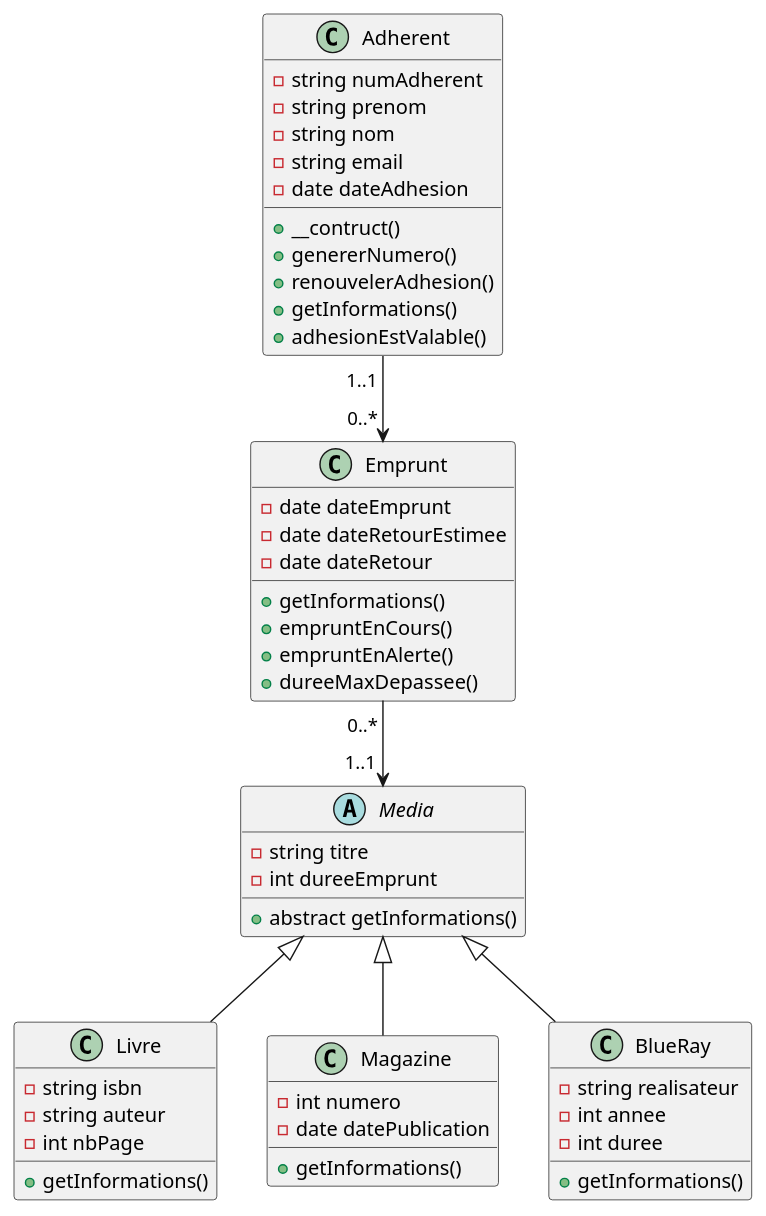
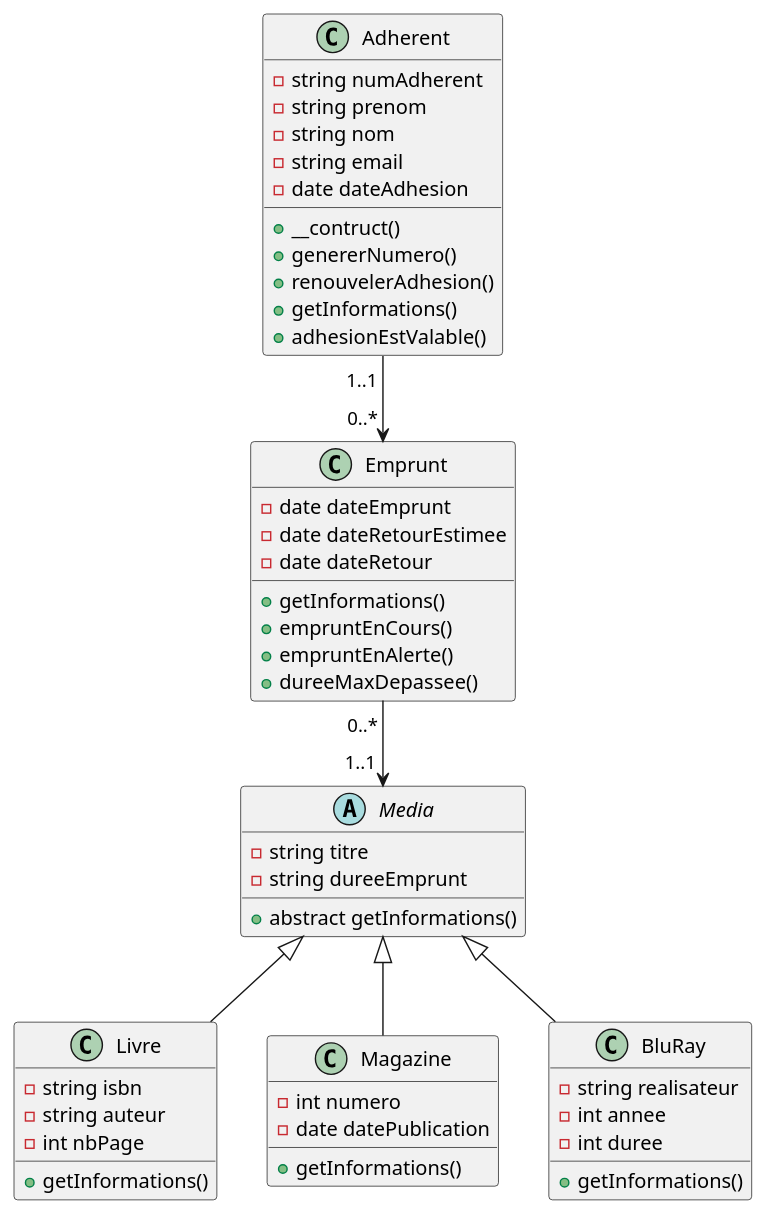
One commit to EstebanRacine/dev changed the diagram in TP/php-gestion-biblio/doc/diagramme.puml. Above: the diagram before and after it, drawn with PlantUML. The commit also changed 7 other files, not shown here.

```diff
--- a/TP/php-gestion-biblio/doc/diagramme.puml
+++ b/TP/php-gestion-biblio/doc/diagramme.puml
@@ -1,60 +1,60 @@
 @startuml
 'https://plantuml.com/class-diagram
 
 abstract class Media{
     - string titre
-    - int dureeEmprunt
+    - string dureeEmprunt
     + abstract getInformations()
 }
 
 class Livre{
 - string isbn
 - string auteur
 - int nbPage
 + getInformations()
 }
 
 class Magazine{
 - int numero
 - date datePublication
 + getInformations()
 }
 
-class BlueRay{
+class BluRay{
 - string realisateur
 - int annee
 - int duree
 + getInformations()
 }
 
 class Adherent{
 - string numAdherent
 - string prenom
 - string nom
 - string email
 - date dateAdhesion
 + __contruct()
 + genererNumero()
 + renouvelerAdhesion()
 + getInformations()
 + adhesionEstValable()
 }
 
 class Emprunt{
 - date dateEmprunt
 - date dateRetourEstimee
 - date dateRetour
 + getInformations()
 + empruntEnCours()
 + empruntEnAlerte()
 + dureeMaxDepassee()
 }
 
 Media <|-- Livre
 Media <|-- Magazine
-Media <|-- BlueRay
+Media <|-- BluRay
 
 Emprunt "0..* "--> "1..1 " Media
 Adherent "1..1 "-->"0..* " Emprunt
 
 @enduml
```
